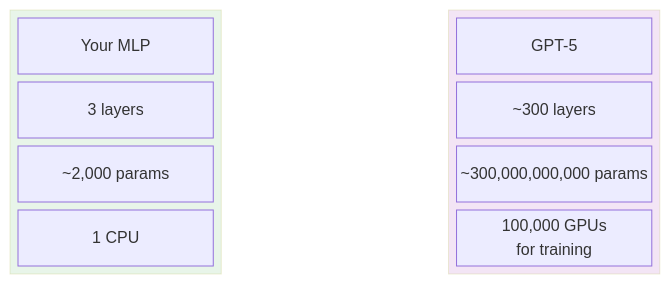
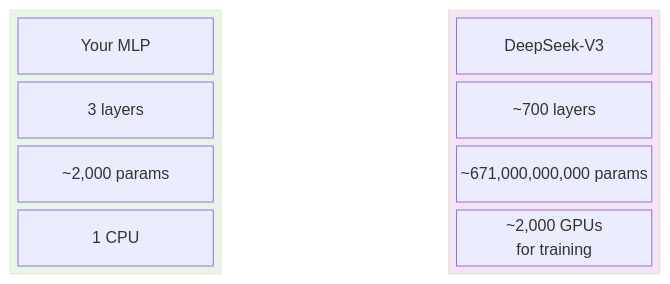
The fifth of 5 diagrams in curriculum/02-neural-nets-and-training.md (Michael-Nguyen36/LLM), drawn with Mermaid before and after one commit. The commit also changed 23 other files, not shown here.

````diff
--- a/curriculum/02-neural-nets-and-training.md
+++ b/curriculum/02-neural-nets-and-training.md
@@ -194,23 +194,23 @@
 ```mermaid
 block-beta
     columns 3
     
     block:mlp
         columns 1
             a["Your MLP"]
             b["3 layers"]
             c["~2,000 params"]
             d["1 CPU"]
     end
     space
     block:llm
         columns 1
-            e["GPT-5"]
-            f["~300 layers"]
-            g["~300,000,000,000 params"]
-            h["100,000 GPUs<br/>for training"]
+            e["DeepSeek-V3"]
+            f["~700 layers"]
+            g["~671,000,000,000 params"]
+            h["~2,000 GPUs<br/>for training"]
     end
     
     style mlp fill:#e8f5e9
     style llm fill:#f3e5f5
 ```
````
